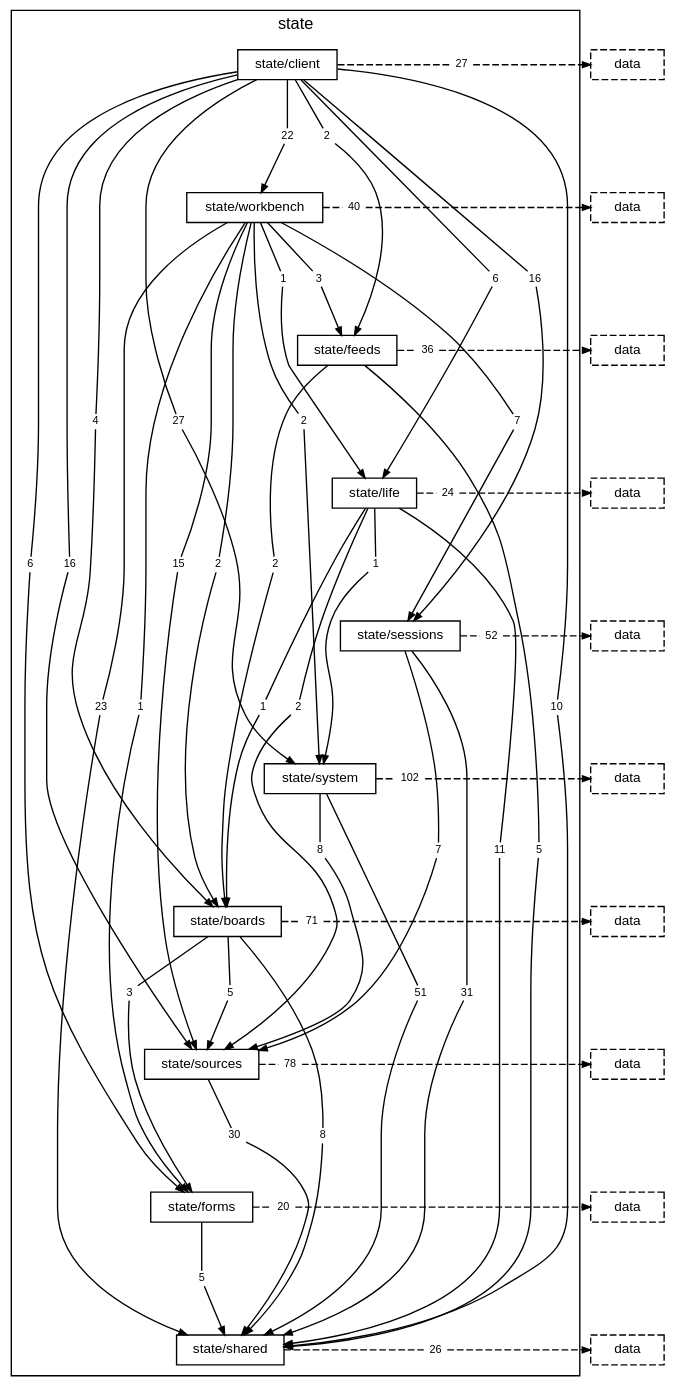
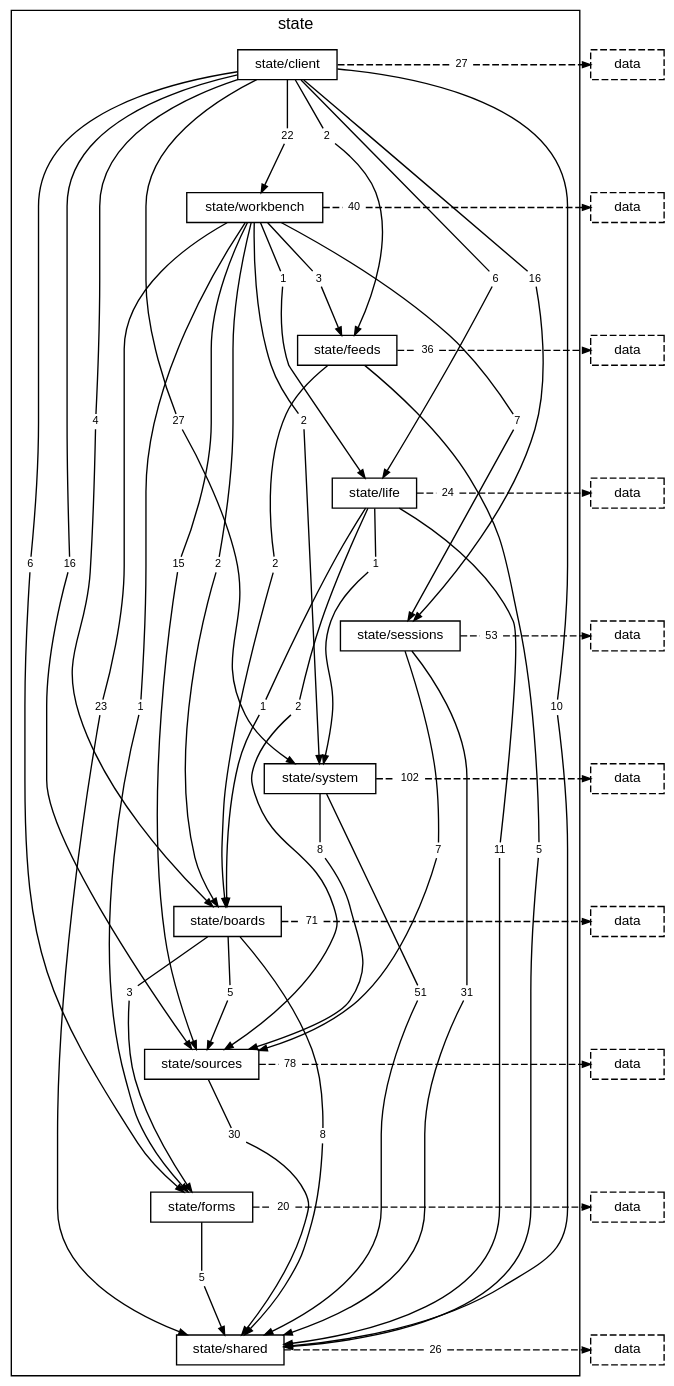
Before and after one commit to TheAxeC/oculus: the diagram in docs/diagrams/layer-state.dot, drawn with Graphviz. The commit also changed 28 other files, not shown here.

```diff
--- a/docs/diagrams/layer-state.dot
+++ b/docs/diagrams/layer-state.dot
@@ -43,7 +43,7 @@
         "folder state/life to layer data" [label="24", shape=box, color="transparent", fontsize=8, width=0, height=0, margin="0.04,0.02"];
         "folder state/sessions to folder state/shared" [label="31", shape=box, color="transparent", fontsize=8, width=0, height=0, margin="0.04,0.02"];
         "folder state/sessions to folder state/sources" [label="7", shape=box, color="transparent", fontsize=8, width=0, height=0, margin="0.04,0.02"];
-        "folder state/sessions to layer data" [label="52", shape=box, color="transparent", fontsize=8, width=0, height=0, margin="0.04,0.02"];
+        "folder state/sessions to layer data" [label="53", shape=box, color="transparent", fontsize=8, width=0, height=0, margin="0.04,0.02"];
         "folder state/system to folder state/shared" [label="51", shape=box, color="transparent", fontsize=8, width=0, height=0, margin="0.04,0.02"];
         "folder state/system to folder state/sources" [label="8", shape=box, color="transparent", fontsize=8, width=0, height=0, margin="0.04,0.02"];
         "folder state/system to layer data" [label="102", shape=box, color="transparent", fontsize=8, width=0, height=0, margin="0.04,0.02"];
```
